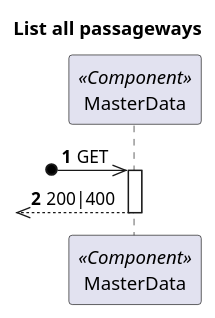
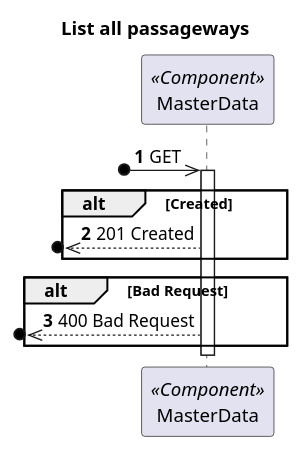
The diagram in docs/Vista Processo/US260/ProcessView_Level2_US260.puml (1210910/lapr5), drawn with PlantUML before and after one commit. The commit also changed 14 other files, not shown here.

```diff
--- a/docs/Vista Processo/US260/ProcessView_Level2_US260.puml
+++ b/docs/Vista Processo/US260/ProcessView_Level2_US260.puml
@@ -1,17 +1,22 @@
 @startuml
 'https://plantuml.com/sequence-diagram
 
 autonumber
 
 skinparam packageStyle rect
 
 title List all passageways
 
 participant "MasterData" as MD <<Component>>
 
 ?o->> MD : GET
 
 activate MD
-?o<<-- MD : 200|400
+alt Created
+   ?o<<--MD : 201 Created
+end
+alt Bad Request
+   ?o<<--MD : 400 Bad Request
+end
 deactivate MD
 @enduml
```
